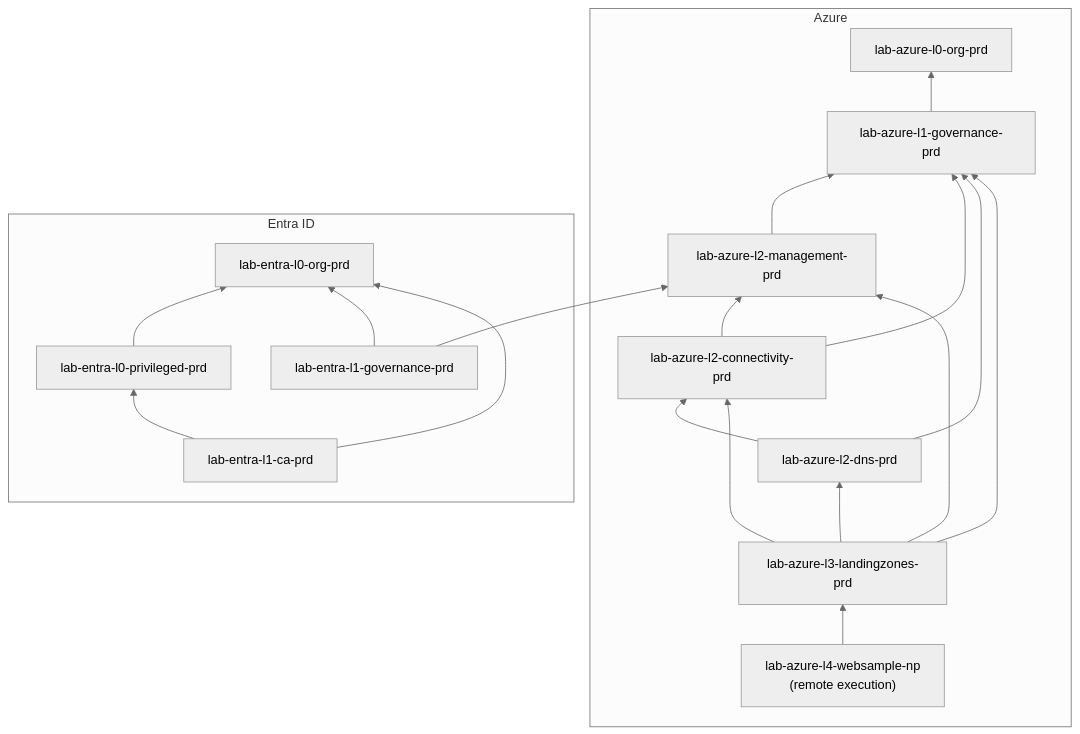
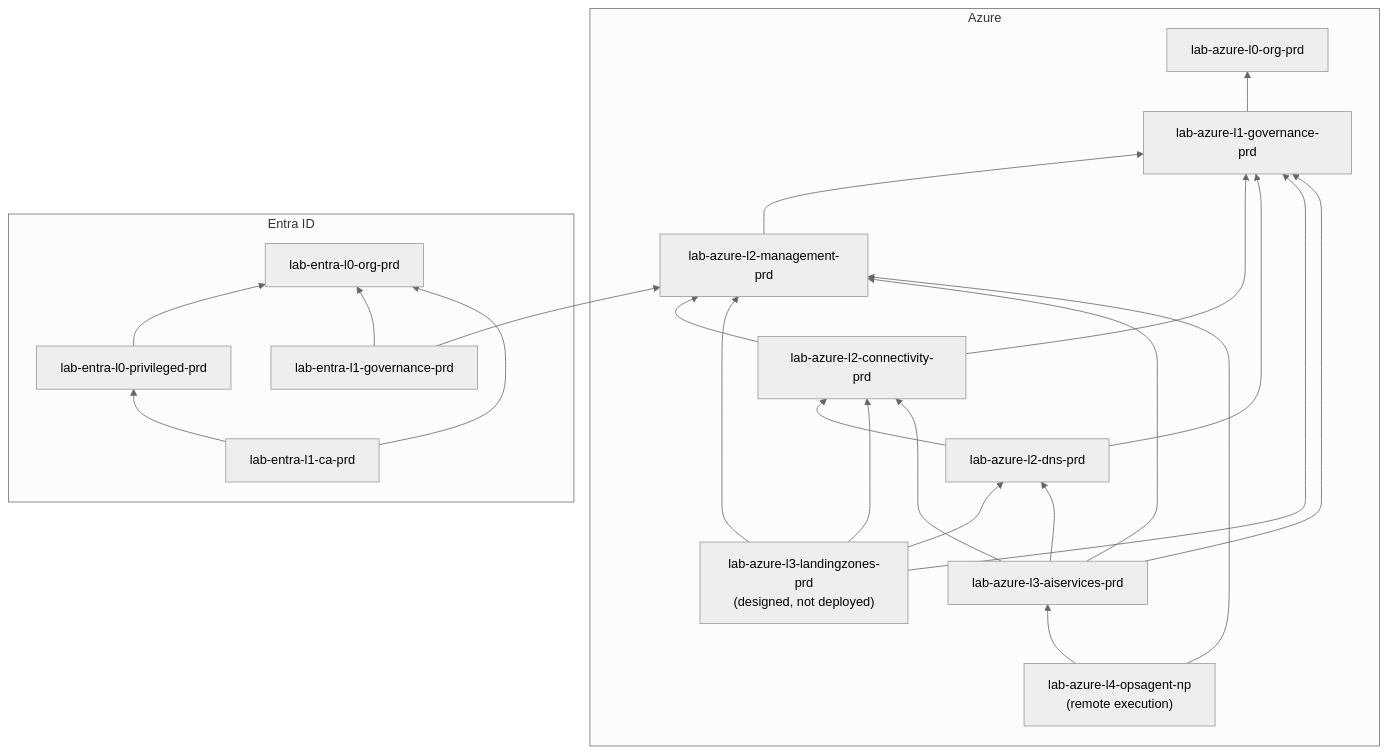
Before and after one commit to BinuForge/azure-landing-zone-entra-baseline: the diagram in docs/architecture/dependency-graph.md, drawn with Mermaid (neutral theme). The commit also changed 13 other files, not shown here.

````diff
--- a/docs/architecture/dependency-graph.md
+++ b/docs/architecture/dependency-graph.md
@@ -7,37 +7,43 @@
 ```mermaid
 flowchart BT
   subgraph azure["Azure"]
     a0["lab-azure-l0-org-prd"]
     a1["lab-azure-l1-governance-prd"]
     a2m["lab-azure-l2-management-prd"]
     a2c["lab-azure-l2-connectivity-prd"]
     a2d["lab-azure-l2-dns-prd"]
-    a3["lab-azure-l3-landingzones-prd"]
-    a4["lab-azure-l4-websample-np<br/>(remote execution)"]
+    a3["lab-azure-l3-landingzones-prd<br/>(designed, not deployed)"]
+    a3ai["lab-azure-l3-aiservices-prd"]
+    a4["lab-azure-l4-opsagent-np<br/>(remote execution)"]
   end
 
   subgraph entra["Entra ID"]
     e0o["lab-entra-l0-org-prd"]
     e0p["lab-entra-l0-privileged-prd"]
     e1g["lab-entra-l1-governance-prd"]
     e1c["lab-entra-l1-ca-prd"]
   end
 
   a1 --> a0
   a2m --> a1
   a2c --> a1
   a2c --> a2m
   a2d --> a1
   a2d --> a2c
   a3 --> a1
   a3 --> a2m
   a3 --> a2c
   a3 --> a2d
-  a4 --> a3
+  a3ai --> a1
+  a3ai --> a2m
+  a3ai --> a2c
+  a3ai --> a2d
+  a4 --> a2m
+  a4 --> a3ai
 
   e0p --> e0o
   e1g --> e0o
   e1g --> a2m
   e1c --> e0o
   e1c --> e0p
 ```
````
